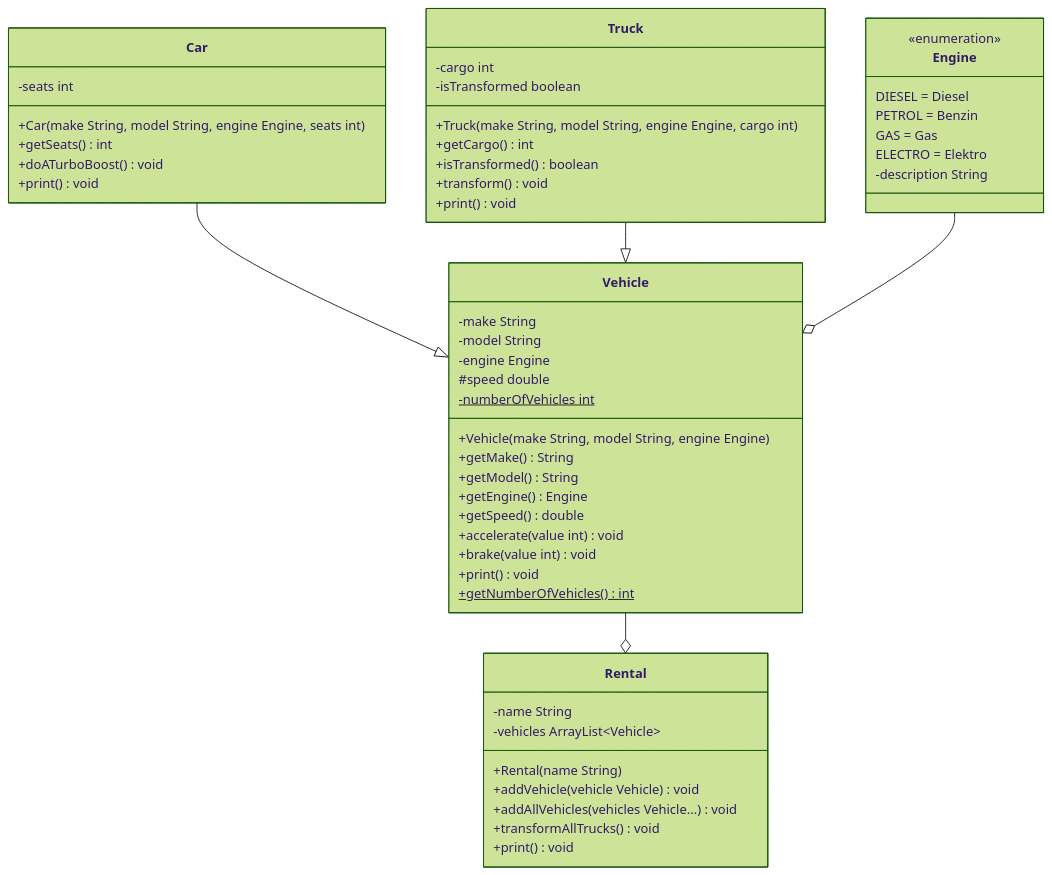
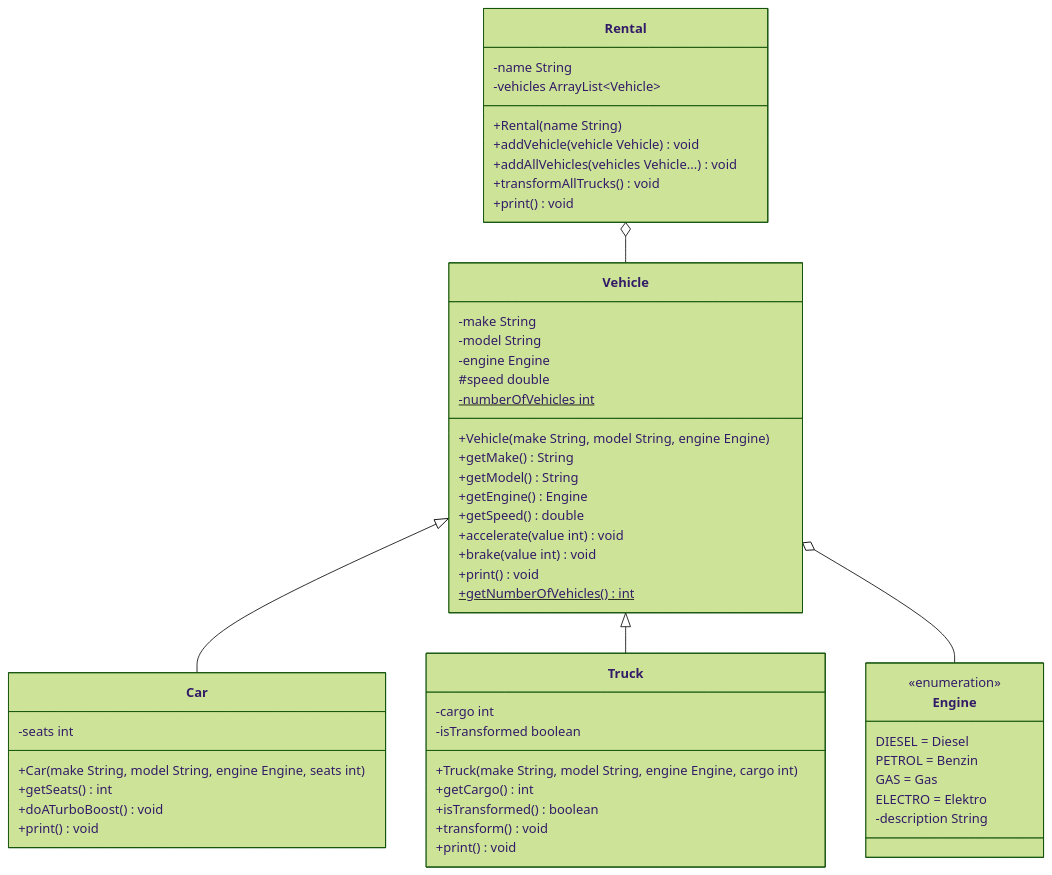
One commit to jappuccini/java-docs changed the diagram in docs/exercises/polymorphy/polymorphy03.md. Above: the diagram before and after it, drawn with Mermaid (forest theme).

````diff
--- a/docs/exercises/polymorphy/polymorphy03.md
+++ b/docs/exercises/polymorphy/polymorphy03.md
@@ -15,61 +15,61 @@
 ```mermaid
 classDiagram
-    Car --|> Vehicle
-    Truck --|> Vehicle
-    Engine --o Vehicle
-    Vehicle --o Rental
+    Vehicle <|-- Car
+    Vehicle <|-- Truck
+    Vehicle o-- Engine
+    Rental o-- Vehicle
 
     class Vehicle {
         -make String
         -model String
         -engine Engine
         #speed double
         -numberOfVehicles int$
         +Vehicle(make String, model String, engine Engine)
         +getMake() String
         +getModel() String
         +getEngine() Engine
         +getSpeed() double
         +accelerate(value int) void
         +brake(value int) void
         +print() void
         +getNumberOfVehicles() int$
     }
 
     class Engine {
         <<enumeration>>
         DIESEL = Diesel
         PETROL = Benzin
         GAS = Gas
         ELECTRO = Elektro
         -description String
     }
 
     class Car {
         -seats int
         +Car(make String, model String, engine Engine, seats int)
         +getSeats() int
         +doATurboBoost() void
         +print() void
     }
 
     class Truck {
         -cargo int
         -isTransformed boolean
         +Truck(make String, model String, engine Engine, cargo int)
         +getCargo() int
         +isTransformed() boolean
         +transform() void
         +print() void
     }
 
     class Rental {
         -name String
         -vehicles ArrayList~Vehicle~
         +Rental(name String)
         +addVehicle(vehicle Vehicle) void
         +addAllVehicles(vehicles Vehicle...) void
         +transformAllTrucks() void
         +print() void
     }
 ```
````
